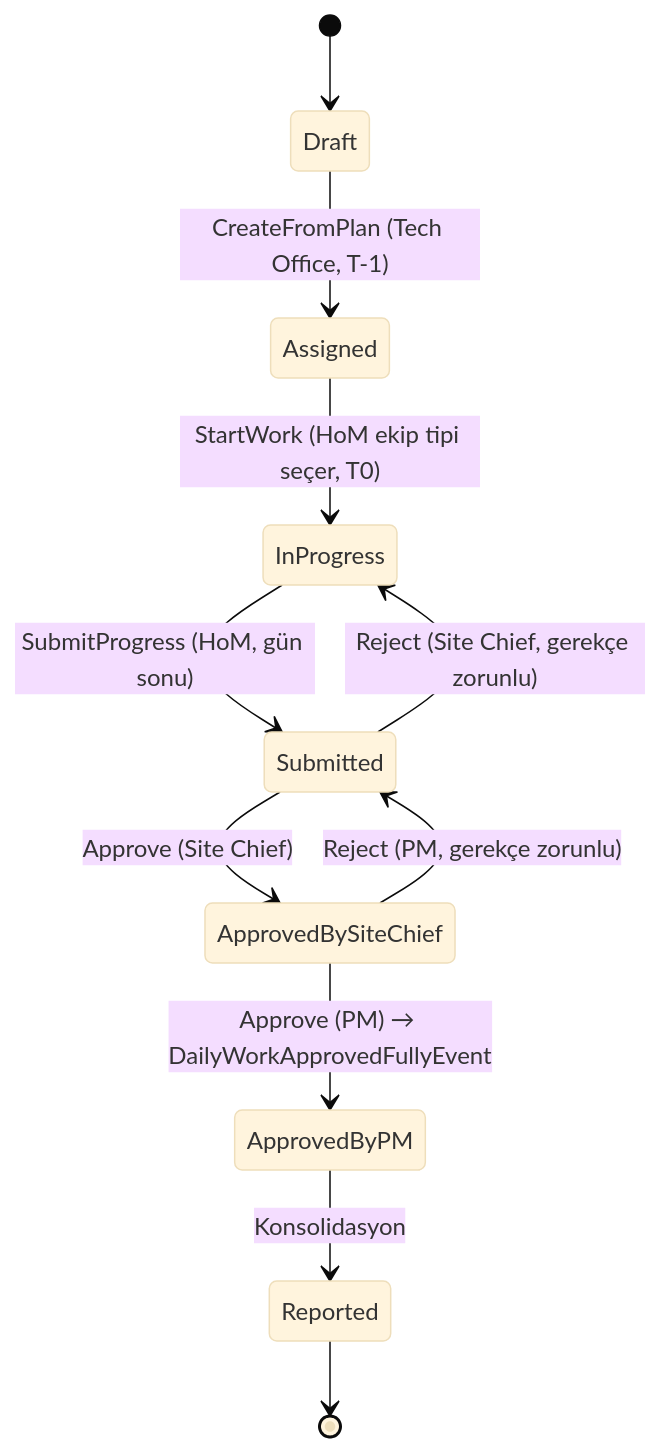
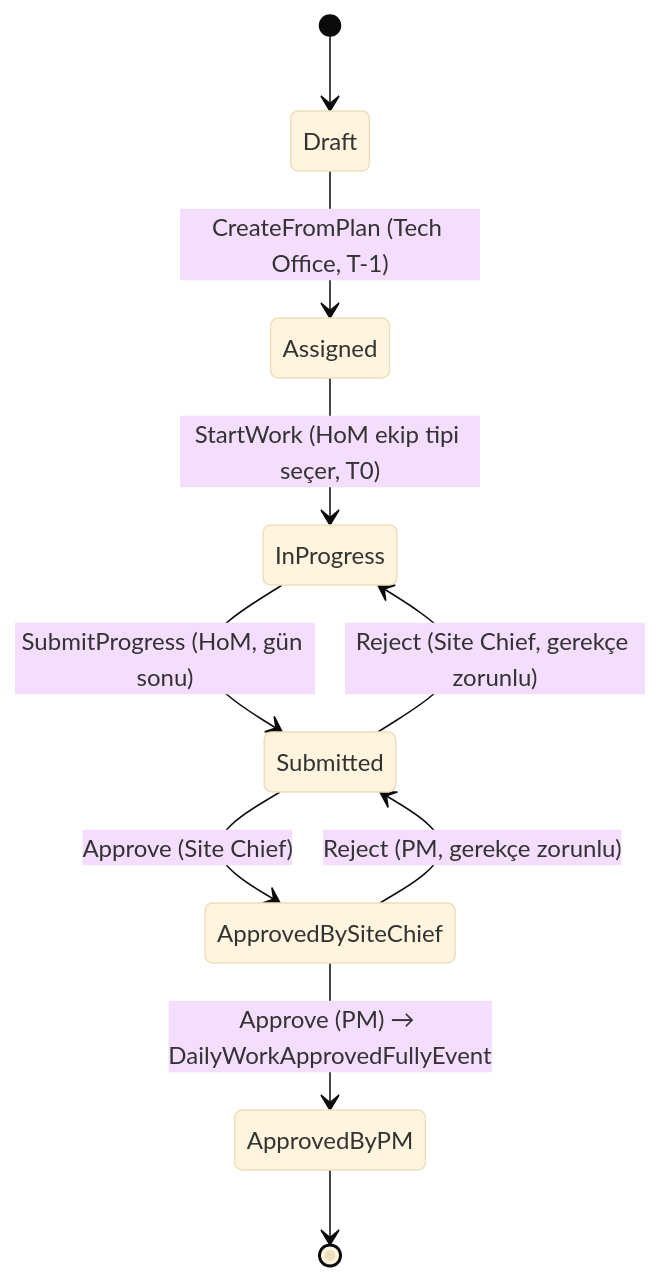
One commit to ekmekcicaner/Workplan changed the first of 2 diagrams in README.md. Above: the diagram before and after it, drawn with Mermaid (base theme). The commit also changed other lines of this file and 32 other files, not shown here.

````diff
--- a/README.md
+++ b/README.md
@@ -81,13 +99,12 @@
 ```mermaid
 stateDiagram-v2
     [*] --> Draft
     Draft --> Assigned: CreateFromPlan (Tech Office, T-1)
     Assigned --> InProgress: StartWork (HoM ekip tipi seçer, T0)
     InProgress --> Submitted: SubmitProgress (HoM, gün sonu)
     Submitted --> ApprovedBySiteChief: Approve (Site Chief)
     ApprovedBySiteChief --> ApprovedByPM: Approve (PM) → DailyWorkApprovedFullyEvent
     Submitted --> InProgress: Reject (Site Chief, gerekçe zorunlu)
     ApprovedBySiteChief --> Submitted: Reject (PM, gerekçe zorunlu)
-    ApprovedByPM --> Reported: Konsolidasyon
-    Reported --> [*]
+    ApprovedByPM --> [*]
 ```
````
